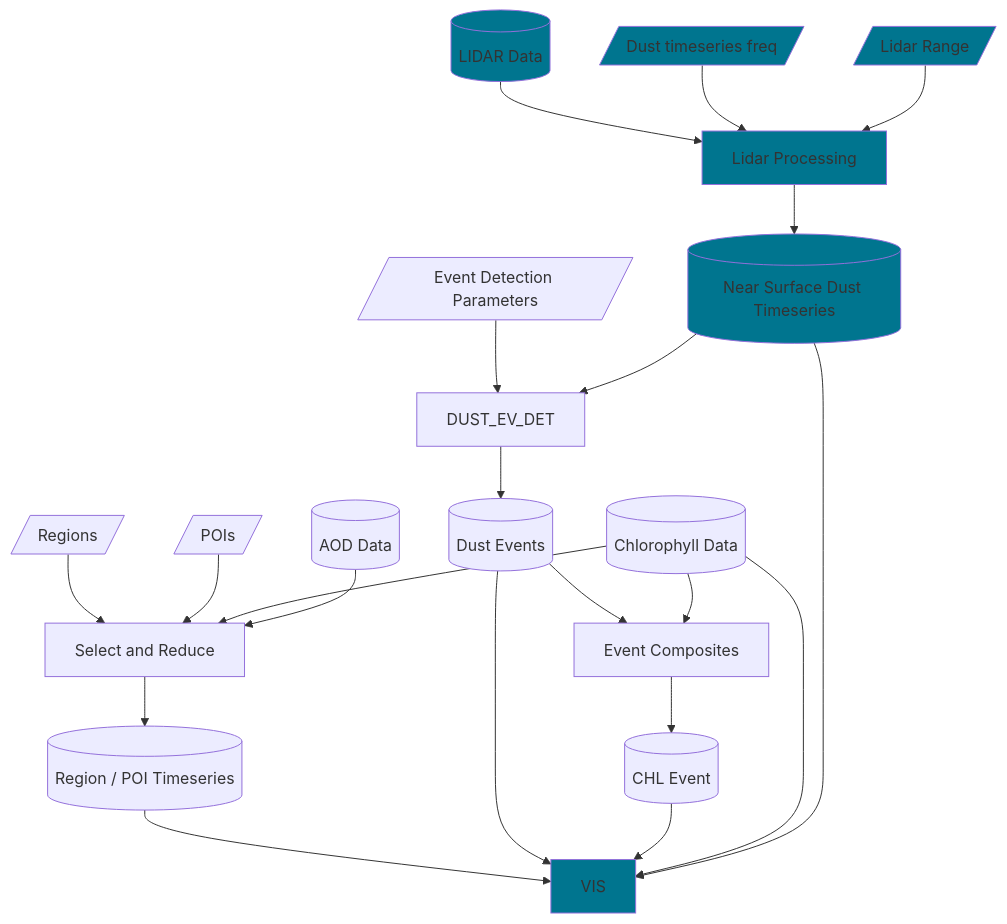
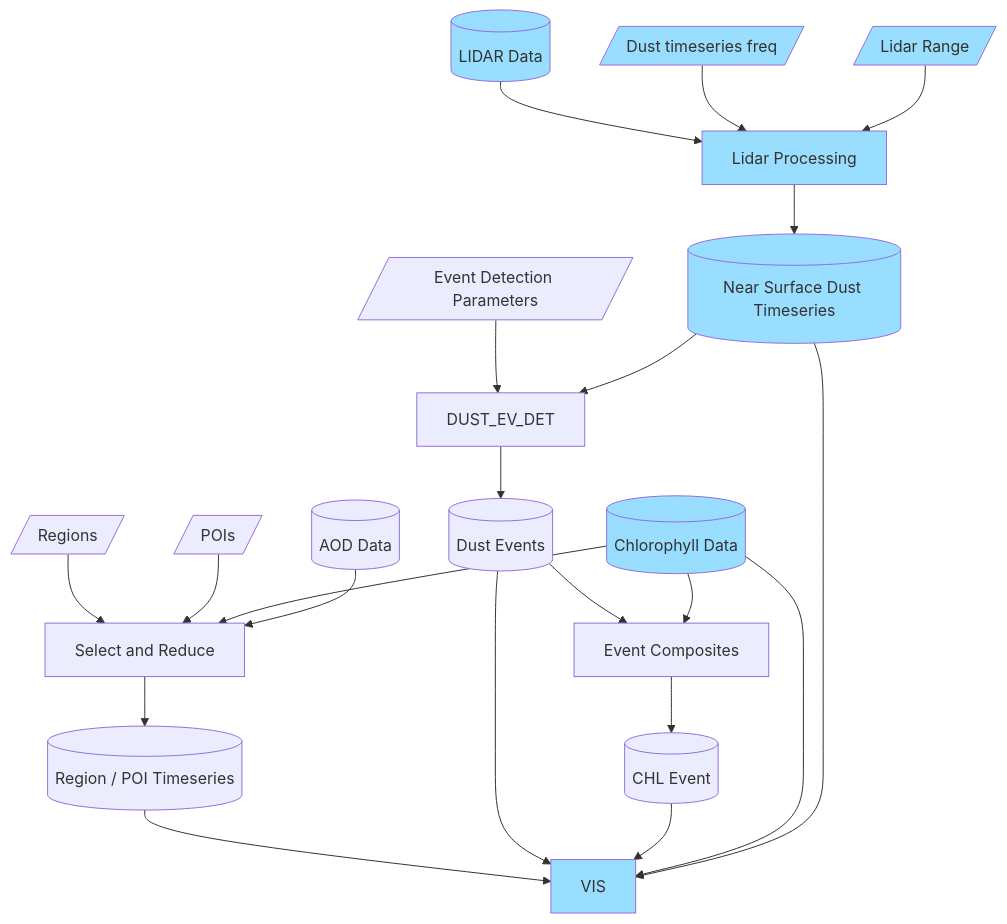
The diagram in README.md (mardatade/Cabo-Verde-Dust), drawn with Mermaid before and after one commit. The commit also changed 8 other files, not shown here.

````diff
--- a/README.md
+++ b/README.md
@@ -7,56 +7,57 @@
 ```mermaid
 flowchart TD
     %% datasets
     LIDAR[(LIDAR Data)]
     AOD[(AOD Data)]
     CHL[(Chlorophyll Data)]
     NSDST[(Near Surface Dust Timeseries)]
     REG_POI_TS[(Region / POI Timeseries)]
     DST_Events[(Dust Events)]
     CHL_Comp[(CHL Event)]
 
     %% user choices
     RGS[/Regions/]
     POI[/POIs/]
     LIDAR_RNG[/Lidar Range/]
     DUST_FREQ[/Dust timeseries freq/]
     EVPRM[/Event Detection Parameters/]
 
     %% Process LIDAR data
     LIDAR --> LDRPRC[Lidar Processing]
     DUST_FREQ --> LDRPRC
     LIDAR_RNG --> LDRPRC
     LDRPRC --> NSDST
 
     %% Visualize
     REG_POI_TS --> VIS
     DST_Events --> VIS
     CHL_Comp --> VIS
     CHL --> VIS
     NSDST --> VIS
     
     %% Select timesereis
     RGS --> SLCT_RED
     POI --> SLCT_RED
     CHL --> SLCT_RED
     AOD --> SLCT_RED[Select and Reduce]
     SLCT_RED --> REG_POI_TS
 
     %% Event detection
     EVPRM --> DUST_EV_DET
     NSDST --> DUST_EV_DET
     DUST_EV_DET --> DST_Events
 
     %% Event Composite
     DST_Events --> EV_COMP[Event Composites]
     CHL --> EV_COMP
     EV_COMP --> CHL_Comp
 
     %% style those elements which exist
-    style NSDST fill:#00758f
-    style VIS fill:#00758f
-    style LIDAR_RNG fill:#00758f
-    style LIDAR fill:#00758f
-    style DUST_FREQ fill:#00758f
-    style LDRPRC fill:#00758f
+    style NSDST fill:#99ddff
+    style VIS fill:#99ddff
+    style LIDAR_RNG fill:#99ddff
+    style LIDAR fill:#99ddff
+    style CHL fill:#99ddff
+    style DUST_FREQ fill:#99ddff
+    style LDRPRC fill:#99ddff
 ```
````
